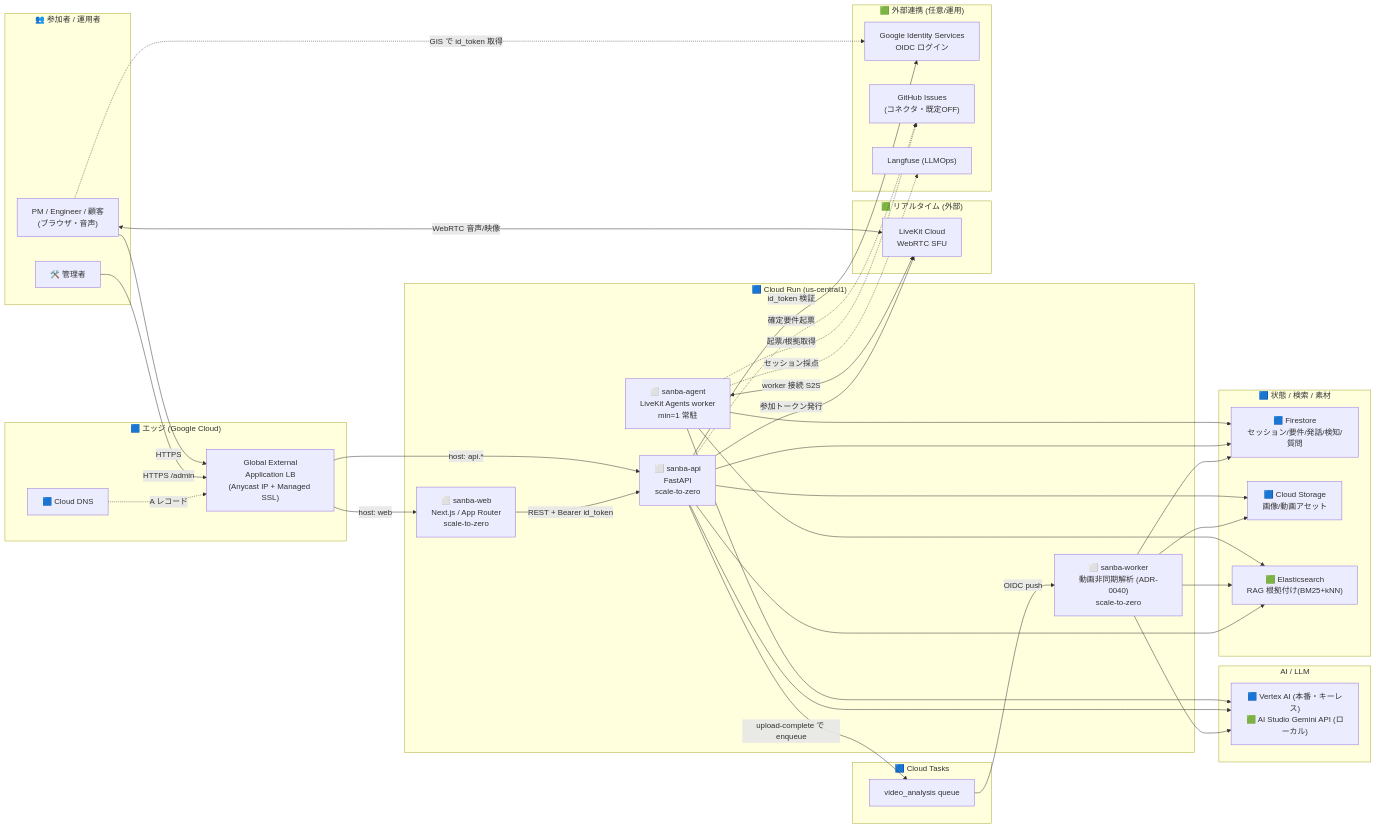
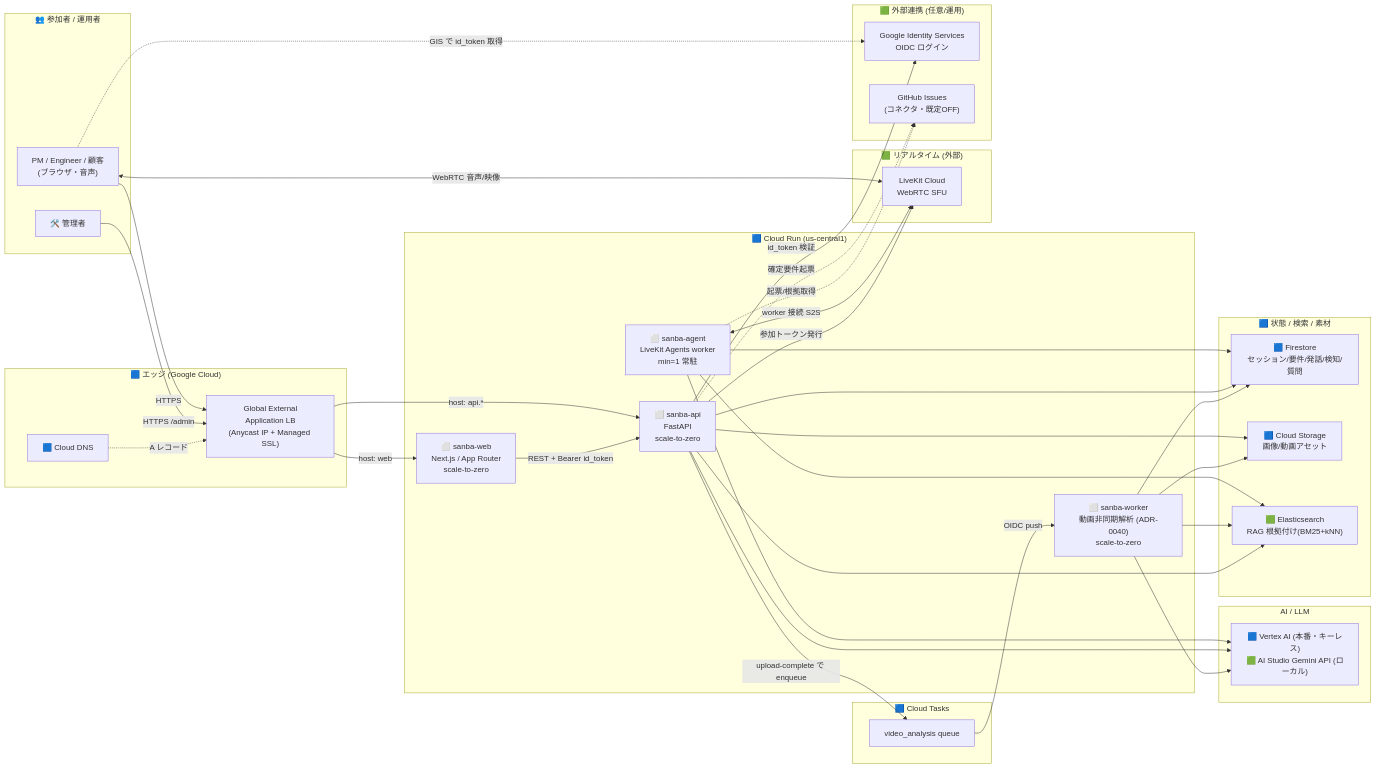
One commit to godhuu0505/sanba changed the first of 13 diagrams in docs/reference/architecture-analysis.md. Above: the diagram before and after it, drawn with Mermaid. The commit also changed other lines of this file and 15 other files, not shown here.

First line of the commit message:
chore(agent): Langfuse 撤去の取りこぼしを一掃（セルフレビュー / ローカルツール + docs）

````diff
--- a/docs/reference/architecture-analysis.md
+++ b/docs/reference/architecture-analysis.md
@@ -33,74 +33,72 @@
 ```mermaid
 flowchart LR
   subgraph users["👥 参加者 / 運用者"]
     PM["PM / Engineer / 顧客<br/>(ブラウザ・音声)"]
     ADM["🛠️ 管理者"]
   end
 
   subgraph edge["🟦 エッジ (Google Cloud)"]
     LB["Global External<br/>Application LB<br/>(Anycast IP + Managed SSL)"]
     DNS["🟦 Cloud DNS"]
   end
 
   subgraph run["🟦 Cloud Run (us-central1)"]
     WEB["⬜ sanba-web<br/>Next.js / App Router<br/>scale-to-zero"]
     API["⬜ sanba-api<br/>FastAPI<br/>scale-to-zero"]
     AGENT["⬜ sanba-agent<br/>LiveKit Agents worker<br/>min=1 常駐"]
     WORKER["⬜ sanba-worker<br/>動画非同期解析 (ADR-0040)<br/>scale-to-zero"]
   end
 
   subgraph tasks["🟦 Cloud Tasks"]
     CT["video_analysis queue"]
   end
 
   subgraph realtime["🟩 リアルタイム (外部)"]
     LK["LiveKit Cloud<br/>WebRTC SFU"]
   end
 
   subgraph ai["AI / LLM"]
     VTX["🟦 Vertex AI (本番・キーレス)<br/>🟩 AI Studio Gemini API (ローカル)"]
   end
 
   subgraph data["🟦 状態 / 検索 / 素材"]
     FS["🟦 Firestore<br/>セッション/要件/発話/検知/質問"]
     GCS["🟦 Cloud Storage<br/>画像/動画アセット"]
     ES["🟩 Elasticsearch<br/>RAG 根拠付け(BM25+kNN)"]
   end
 
   subgraph ext["🟩 外部連携 (任意/運用)"]
     GIS["Google Identity Services<br/>OIDC ログイン"]
     GH["GitHub Issues<br/>(コネクタ・既定OFF)"]
-    LF["Langfuse (LLMOps)"]
   end
 
   PM -->|HTTPS| LB
   ADM -->|HTTPS /admin| LB
   DNS -.->|A レコード| LB
   LB -->|host: web| WEB
   LB -->|host: api.*| API
 
   PM -. "GIS で id_token 取得" .-> GIS
   WEB -->|REST + Bearer id_token| API
   PM <-->|WebRTC 音声/映像| LK
   AGENT <-->|worker 接続 S2S| LK
   API -->|参加トークン発行| LK
 
   AGENT --> VTX
   API --> VTX
   AGENT --> FS
   API --> FS
   API --> GCS
   AGENT --> ES
 
   API -->|upload-complete で enqueue| CT
   CT -->|OIDC push| WORKER
   WORKER --> VTX
   WORKER --> GCS
   WORKER --> ES
   WORKER --> FS
   API --> ES
   API -. "確定要件起票" .-> GH
   AGENT -. "起票/根拠取得" .-> GH
-  AGENT -. "セッション採点" .-> LF
   API -->|id_token 検証| GIS
 ```
````
